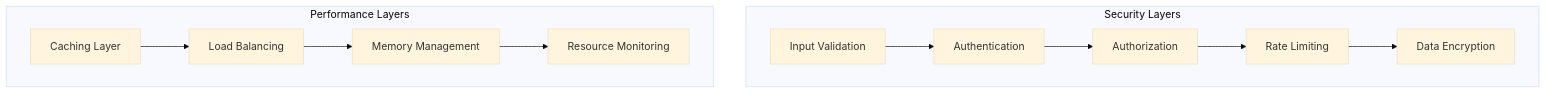
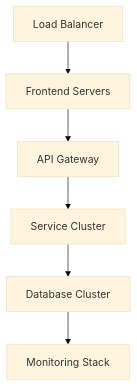
Before and after one commit to ashfrnndz21/AgentOS_Latest_Release: diagram 11 of 11 in ARCHITECTURE.md, drawn with Mermaid (base theme). The commit also changed other lines of this file and 174 other files, not shown here.

````diff
--- a/ARCHITECTURE.md
+++ b/ARCHITECTURE.md
@@ -247,26 +362,8 @@
 ```mermaid
-graph TB
-    subgraph "Security Layers"
-        SL1[Input Validation]
-        SL2[Authentication]
-        SL3[Authorization]
-        SL4[Rate Limiting]
-        SL5[Data Encryption]
-    end
-    
-    subgraph "Performance Layers"
-        PL1[Caching Layer]
-        PL2[Load Balancing]
-        PL3[Memory Management]
-        PL4[Resource Monitoring]
-    end
-    
-    SL1 --> SL2
-    SL2 --> SL3
-    SL3 --> SL4
-    SL4 --> SL5
-    
-    PL1 --> PL2
-    PL2 --> PL3
-    PL3 --> PL4
+graph TD
+    A[Load Balancer] --> B[Frontend Servers]
+    B --> C[API Gateway]
+    C --> D[Service Cluster]
+    D --> E[Database Cluster]
+    E --> F[Monitoring Stack]
 ```
````
